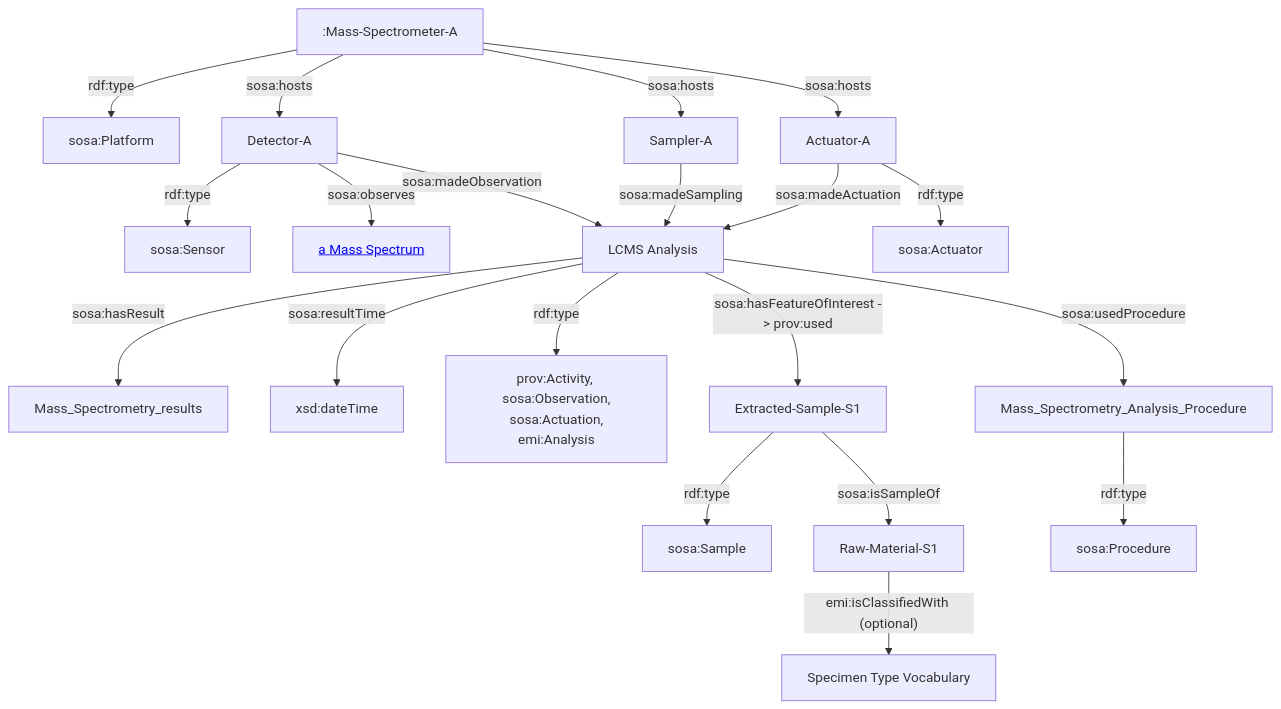
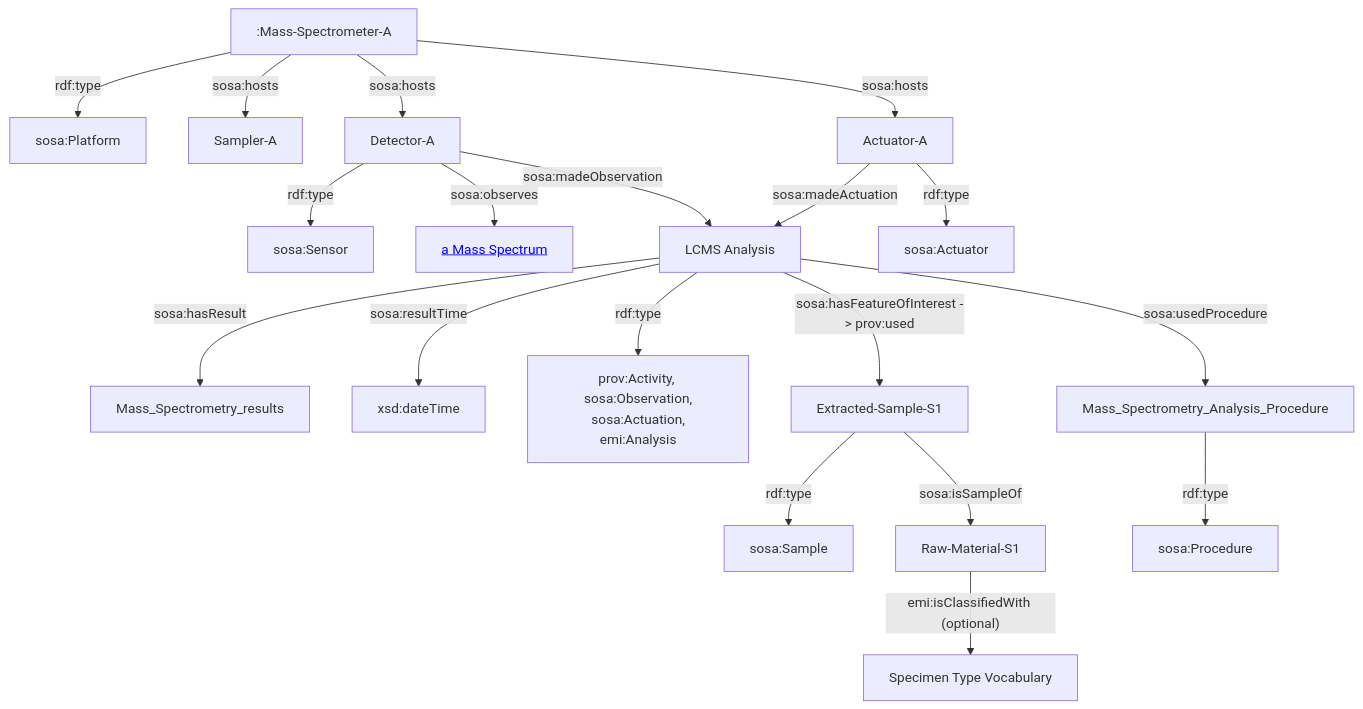
Before and after one commit to digital-botanical-gardens-initiative/earth_metabolome_ontology: the first of 8 diagrams in README.md, drawn with Mermaid.

````diff
--- a/README.md
+++ b/README.md
@@ -31,22 +31,21 @@
 ```mermaid
 graph TD
 	d[":Mass-Spectrometer-A"]-->|rdf:type|sosa:Platform
 	d-->|sosa:hosts|samp["Sampler-A"]
 	d-->|sosa:hosts|d2["Detector-A"]
 	d2-->|rdf:type|sosa:Sensor
 	d2-->|sosa:observes|pp["<a href='http://purl.obolibrary.org/obo/CHMO_0000806'>a Mass Spectrum</a>"]
 	d2-->|sosa:madeObservation|oo["LCMS Analysis"]
-samp-->|sosa:madeSampling|oo["LCMS Analysis"]  
 	d-->|sosa:hosts|act["Actuator-A"]
 	act-->|rdf:type|sosa:Actuator
 	act-->|sosa:madeActuation|oo["LCMS Analysis"]
 	oo-->|sosa:hasResult|res["Mass_Spectrometry_results"]
 	oo-->|sosa:resultTime|xsd:dateTime
         oo-->|rdf:type|a["prov:Activity, sosa:Observation,<br/> sosa:Actuation, emi:Analysis"]
         oo-->|"sosa:hasFeatureOfInterest -> prov:used"|s["Extracted-Sample-S1"]
         s-->|rdf:type|sosa:Sample
         s-->|sosa:isSampleOf|t["Raw-Material-S1"]
         t-->|"emi:isClassifiedWith (optional)"|w2["Specimen Type Vocabulary"]
         oo-->|sosa:usedProcedure|proc["Mass_Spectrometry_Analysis_Procedure"]
         proc-->|rdf:type|sosa:Procedure
 ```
````
